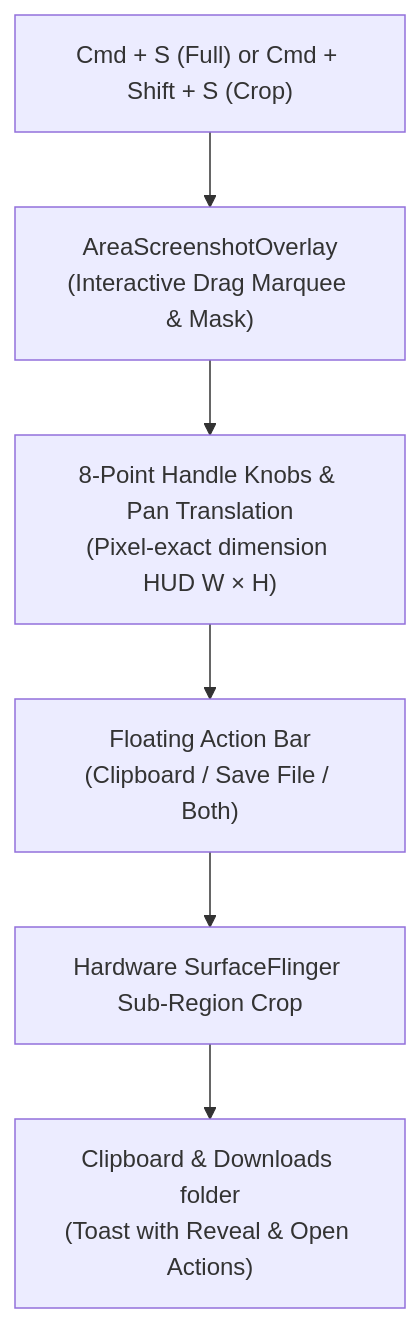
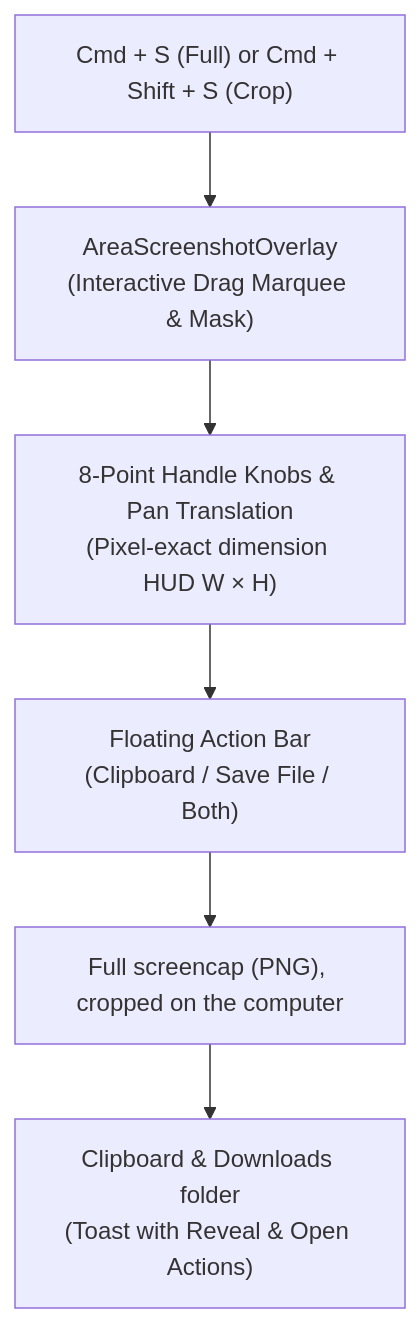
The diagram in docs/features/screenshots-area-crop.md (az-coder-123/azdroid), drawn with Mermaid before and after one commit. The commit also changed 18 other files, not shown here.

````diff
--- a/docs/features/screenshots-area-crop.md
+++ b/docs/features/screenshots-area-crop.md
@@ -15,8 +15,8 @@
 ```mermaid
 flowchart TD
     Trigger["Cmd + S (Full) or Cmd + Shift + S (Crop)"] --> Overlay["AreaScreenshotOverlay\n(Interactive Drag Marquee & Mask)"]
     Overlay --> Resize["8-Point Handle Knobs & Pan Translation\n(Pixel-exact dimension HUD W × H)"]
     Resize --> Bar["Floating Action Bar\n(Clipboard / Save File / Both)"]
-    Bar --> Process["Hardware SurfaceFlinger Sub-Region Crop"]
+    Bar --> Process["Full screencap (PNG), cropped on the computer"]
     Process --> Output["Clipboard & Downloads folder\n(Toast with Reveal & Open Actions)"]
 ```
````
